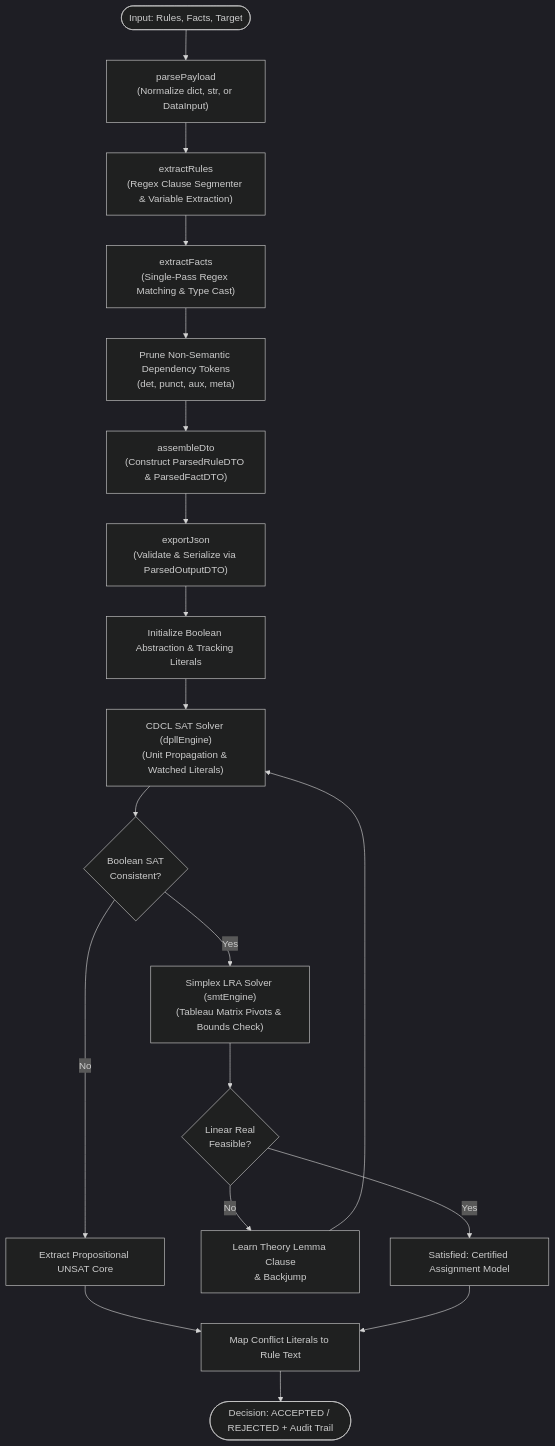
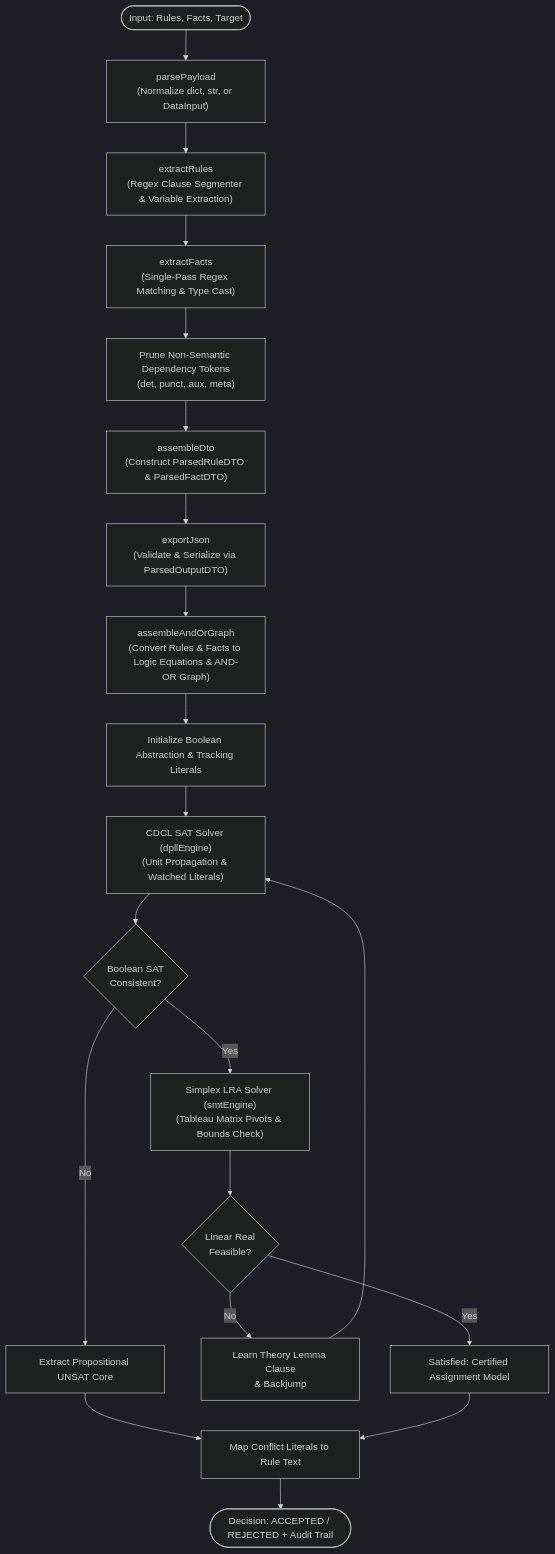
The diagram in Architecture/FlowDiagram.md (Kraftpaket-bibliothek/Shiva), drawn with Mermaid (dark theme) before and after one commit. The commit also changed 4 other files, not shown here.

Commit message:
I have started work on the logicEngine. This creates an AND-OR Graph

````diff
--- a/Architecture/FlowDiagram.md
+++ b/Architecture/FlowDiagram.md
@@ -5,25 +5,26 @@
 ```mermaid
 flowchart TD
     Start(["Input: Rules, Facts, Target"]) --> Parse["parsePayload<br/>(Normalize dict, str, or DataInput)"]
     Parse --> RuleExtract["extractRules<br/>(Regex Clause Segmenter & Variable Extraction)"]
     RuleExtract --> FactExtract["extractFacts<br/>(Single-Pass Regex Matching & Type Cast)"]
     FactExtract --> DepPrune["Prune Non-Semantic Dependency Tokens<br/>(det, punct, aux, meta)"]
     DepPrune --> DTOAssemble["assembleDto<br/>(Construct ParsedRuleDTO & ParsedFactDTO)"]
     DTOAssemble --> JSONExport["exportJson<br/>(Validate & Serialize via ParsedOutputDTO)"]
     
-    JSONExport --> SATInit["Initialize Boolean Abstraction & Tracking Literals"]
+    JSONExport --> AOG["assembleAndOrGraph<br/>(Convert Rules & Facts to Logic Equations & AND-OR Graph)"]
+    AOG --> SATInit["Initialize Boolean Abstraction & Tracking Literals"]
     SATInit --> CDCL["CDCL SAT Solver (dpllEngine)<br/>(Unit Propagation & Watched Literals)"]
     
     CDCL --> SATCheck{"Boolean SAT<br/>Consistent?"}
     SATCheck -- No --> SATUnsat["Extract Propositional UNSAT Core"]
     SATCheck -- Yes --> Simplex["Simplex LRA Solver (smtEngine)<br/>(Tableau Matrix Pivots & Bounds Check)"]
     
     Simplex --> TheoryCheck{"Linear Real<br/>Feasible?"}
     TheoryCheck -- No --> LearnConflict["Learn Theory Lemma Clause<br/>& Backjump"]
     LearnConflict --> CDCL
     TheoryCheck -- Yes --> SatSatisfied["Satisfied: Certified Assignment Model"]
     
     SATUnsat --> FormatResult["Map Conflict Literals to Rule Text"]
     SatSatisfied --> FormatResult
     FormatResult --> Verdict(["Decision: ACCEPTED / REJECTED + Audit Trail"])
 ```
````
